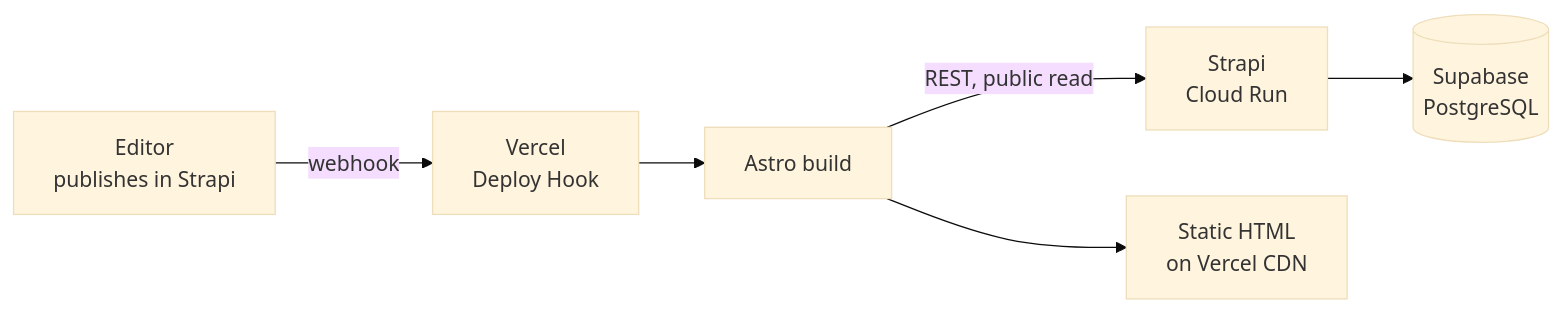
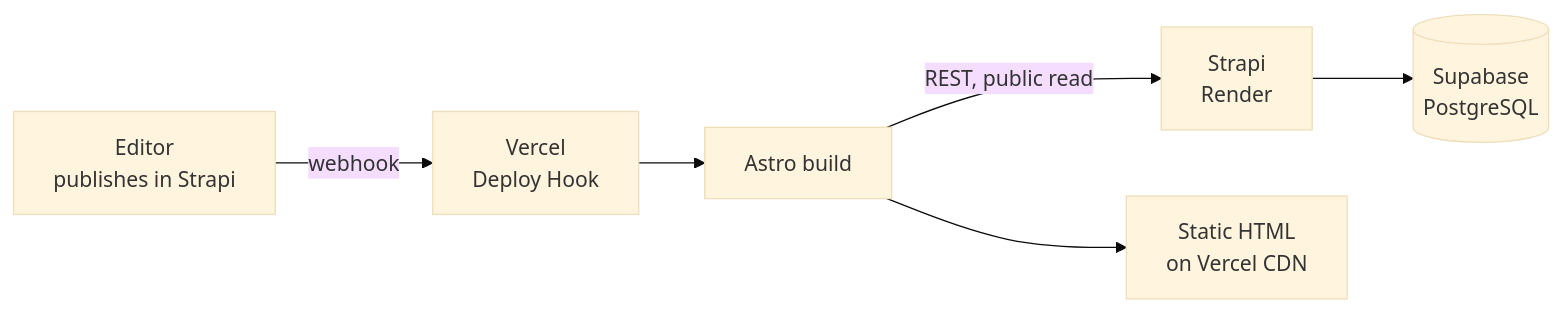
The first of 3 diagrams in docs/ARCHITECTURE.md (AnggaWikaNugraha/knowly-headless-cms), drawn with Mermaid (base theme) before and after one commit. The commit also changed other lines of this file and 8 other files, not shown here.

````diff
--- a/docs/ARCHITECTURE.md
+++ b/docs/ARCHITECTURE.md
@@ -67,8 +67,8 @@
 ```mermaid
 flowchart LR
     E["Editor<br/>publishes in Strapi"] -->|webhook| VH["Vercel<br/>Deploy Hook"]
     VH --> B["Astro build"]
-    B -->|"REST, public read"| S["Strapi<br/>Cloud Run"]
+    B -->|"REST, public read"| S["Strapi<br/>Render"]
     S --> DB[("Supabase<br/>PostgreSQL")]
     B --> ST["Static HTML<br/>on Vercel CDN"]
 ```
````
